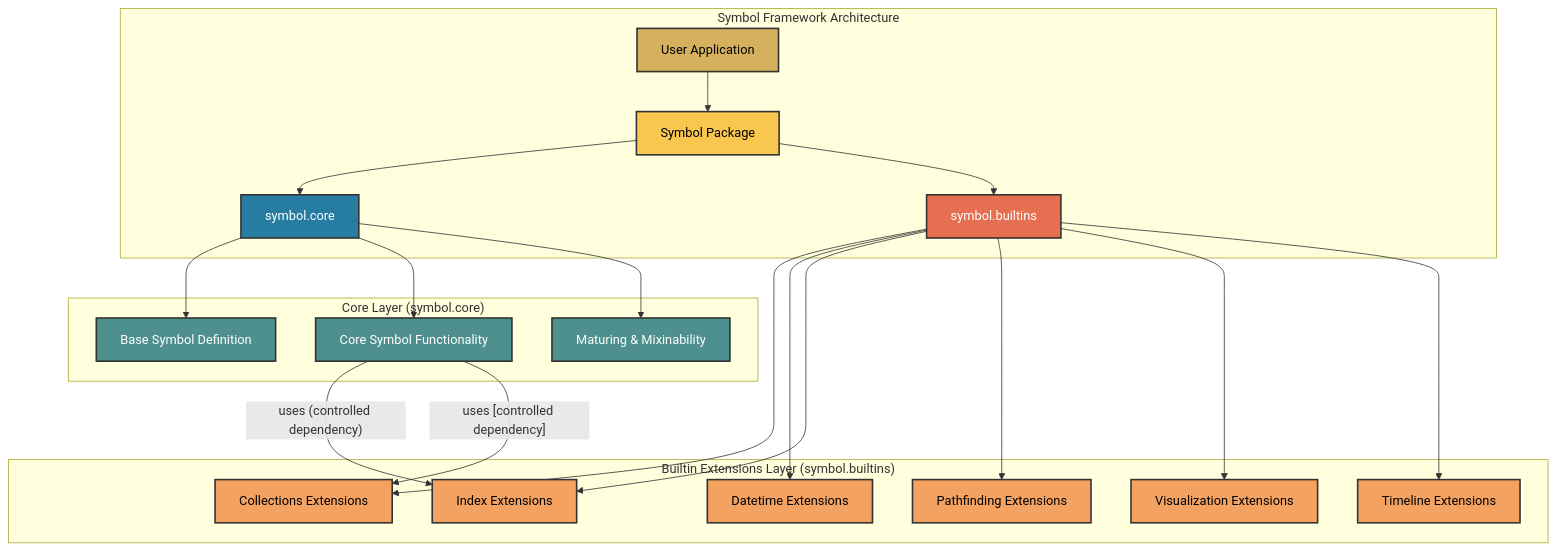
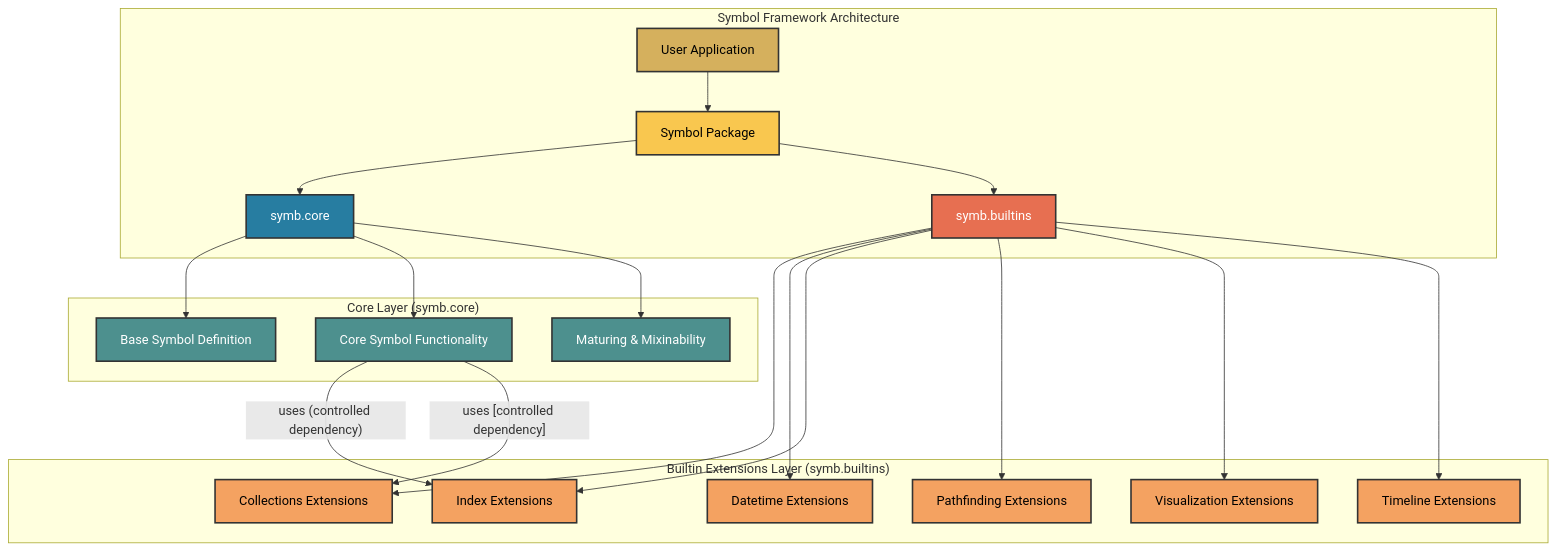
The diagram in docs/topics/3_layered_architecture/layered_architecture_tb.mmd (ikko/sym), drawn with Mermaid before and after one commit. The commit also changed 92 other files, not shown here.

Commit message:
rename symbol to symb

```diff
--- a/docs/topics/3_layered_architecture/layered_architecture_tb.mmd
+++ b/docs/topics/3_layered_architecture/layered_architecture_tb.mmd
@@ -1,43 +1,43 @@
 graph TB
     subgraph "Symbol Framework Architecture"
         A[User Application] --> B[Symbol Package];
-        B --> C[symbol.core];
-        B --> D[symbol.builtins];
+        B --> C[symb.core];
+        B --> D[symb.builtins];
     end
 
-    subgraph "Core Layer #40;symbol.core#41;"
+    subgraph "Core Layer #40;symb.core#41;"
         C --> C1[Base Symbol Definition];
         C --> C2[Core Symbol Functionality];
         C --> C3[Maturing & Mixinability];
     end
 
-    subgraph "Builtin Extensions Layer #40;symbol.builtins#41;"
+    subgraph "Builtin Extensions Layer #40;symb.builtins#41;"
         D --> D1[Collections Extensions];
         D --> D2[Datetime Extensions];
         D --> D3[Index Extensions];
         D --> D4[Pathfinding Extensions];
         D --> D5[Visualization Extensions];
         D --> D6[Timeline Extensions];
     end
 
     C2 -- "uses #40;controlled dependency#41;" --> D3;
     C2 -- "uses [controlled dependency]" --> D1;
 
     %% Framework architecture styles
     style A fill:#d5b05d,stroke:#333,stroke-width:2px,color:#000000;
     style B fill:#f9c74f,stroke:#333,stroke-width:2px,color:#000000;
 
     %% Core layer styles - using blue tones
     style C fill:#277da1,stroke:#333,stroke-width:2px,color:#ffffff;
     style C1 fill:#4d908e,stroke:#333,stroke-width:2px,color:#ffffff;
     style C2 fill:#4d908e,stroke:#333,stroke-width:2px,color:#ffffff;
     style C3 fill:#4d908e,stroke:#333,stroke-width:2px,color:#ffffff;
 
     %% Builtin extensions styles - using orange-ish darker tones
     style D fill:#e76f51,stroke:#333,stroke-width:2px,color:#ffffff;
     style D1 fill:#f4a261,stroke:#333,stroke-width:2px,color:#000000;
     style D2 fill:#f4a261,stroke:#333,stroke-width:2px,color:#000000;
     style D3 fill:#f4a261,stroke:#333,stroke-width:2px,color:#000000;
     style D4 fill:#f4a261,stroke:#333,stroke-width:2px,color:#000000;
     style D5 fill:#f4a261,stroke:#333,stroke-width:2px,color:#000000;
     style D6 fill:#f4a261,stroke:#333,stroke-width:2px,color:#000000;
```
